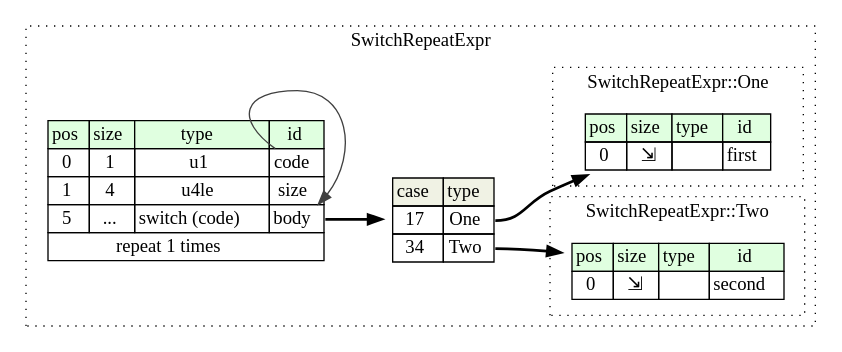
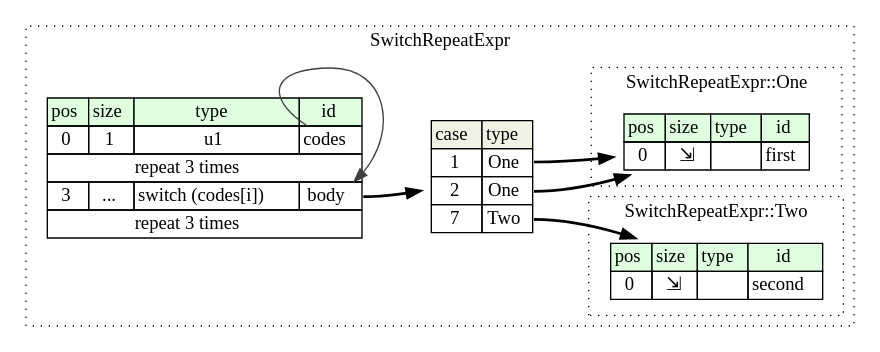
The diagram in compiled/graphviz/switch_repeat_expr.dot (kaitai-io/ci_targets), drawn with Graphviz before and after one commit. The commit also changed 146 other files, not shown here.

```diff
--- a/compiled/graphviz/switch_repeat_expr.dot
+++ b/compiled/graphviz/switch_repeat_expr.dot
@@ -1,43 +1,45 @@
 digraph {
 	rankdir=LR;
 	node [shape=plaintext];
 	subgraph cluster__switch_repeat_expr {
 		label="SwitchRepeatExpr";
 		graph[style=dotted];
 
 		switch_repeat_expr__seq [label=<<TABLE BORDER="0" CELLBORDER="1" CELLSPACING="0">
 			<TR><TD BGCOLOR="#E0FFE0">pos</TD><TD BGCOLOR="#E0FFE0">size</TD><TD BGCOLOR="#E0FFE0">type</TD><TD BGCOLOR="#E0FFE0">id</TD></TR>
-			<TR><TD PORT="code_pos">0</TD><TD PORT="code_size">1</TD><TD>u1</TD><TD PORT="code_type">code</TD></TR>
-			<TR><TD PORT="size_pos">1</TD><TD PORT="size_size">4</TD><TD>u4le</TD><TD PORT="size_type">size</TD></TR>
-			<TR><TD PORT="body_pos">5</TD><TD PORT="body_size">...</TD><TD>switch (code)</TD><TD PORT="body_type">body</TD></TR>
-			<TR><TD COLSPAN="4" PORT="body__repeat">repeat 1 times</TD></TR>
+			<TR><TD PORT="codes_pos">0</TD><TD PORT="codes_size">1</TD><TD>u1</TD><TD PORT="codes_type">codes</TD></TR>
+			<TR><TD COLSPAN="4" PORT="codes__repeat">repeat 3 times</TD></TR>
+			<TR><TD PORT="body_pos">3</TD><TD PORT="body_size">...</TD><TD>switch (codes[i])</TD><TD PORT="body_type">body</TD></TR>
+			<TR><TD COLSPAN="4" PORT="body__repeat">repeat 3 times</TD></TR>
 		</TABLE>>];
 switch_repeat_expr__seq_body_switch [label=<<TABLE BORDER="0" CELLBORDER="1" CELLSPACING="0">
 	<TR><TD BGCOLOR="#F0F2E4">case</TD><TD BGCOLOR="#F0F2E4">type</TD></TR>
-	<TR><TD>17</TD><TD PORT="case0">One</TD></TR>
-	<TR><TD>34</TD><TD PORT="case1">Two</TD></TR>
+	<TR><TD>1</TD><TD PORT="case0">One</TD></TR>
+	<TR><TD>2</TD><TD PORT="case1">One</TD></TR>
+	<TR><TD>7</TD><TD PORT="case2">Two</TD></TR>
 </TABLE>>];
 		subgraph cluster__one {
 			label="SwitchRepeatExpr::One";
 			graph[style=dotted];
 
 			one__seq [label=<<TABLE BORDER="0" CELLBORDER="1" CELLSPACING="0">
 				<TR><TD BGCOLOR="#E0FFE0">pos</TD><TD BGCOLOR="#E0FFE0">size</TD><TD BGCOLOR="#E0FFE0">type</TD><TD BGCOLOR="#E0FFE0">id</TD></TR>
 				<TR><TD PORT="first_pos">0</TD><TD PORT="first_size">⇲</TD><TD></TD><TD PORT="first_type">first</TD></TR>
 			</TABLE>>];
 		}
 		subgraph cluster__two {
 			label="SwitchRepeatExpr::Two";
 			graph[style=dotted];
 
 			two__seq [label=<<TABLE BORDER="0" CELLBORDER="1" CELLSPACING="0">
 				<TR><TD BGCOLOR="#E0FFE0">pos</TD><TD BGCOLOR="#E0FFE0">size</TD><TD BGCOLOR="#E0FFE0">type</TD><TD BGCOLOR="#E0FFE0">id</TD></TR>
 				<TR><TD PORT="second_pos">0</TD><TD PORT="second_size">⇲</TD><TD></TD><TD PORT="second_type">second</TD></TR>
 			</TABLE>>];
 		}
 	}
 	switch_repeat_expr__seq:body_type -> switch_repeat_expr__seq_body_switch [style=bold];
 	switch_repeat_expr__seq_body_switch:case0 -> one__seq [style=bold];
-	switch_repeat_expr__seq_body_switch:case1 -> two__seq [style=bold];
-	switch_repeat_expr__seq:code_type -> switch_repeat_expr__seq:body_type [color="#404040"];
+	switch_repeat_expr__seq_body_switch:case1 -> one__seq [style=bold];
+	switch_repeat_expr__seq_body_switch:case2 -> two__seq [style=bold];
+	switch_repeat_expr__seq:codes_type -> switch_repeat_expr__seq:body_type [color="#404040"];
 }
```
